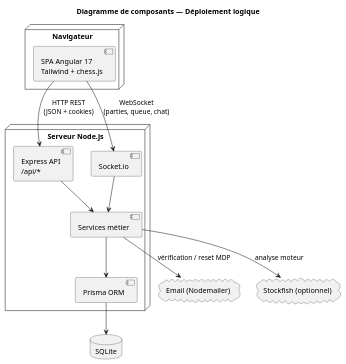
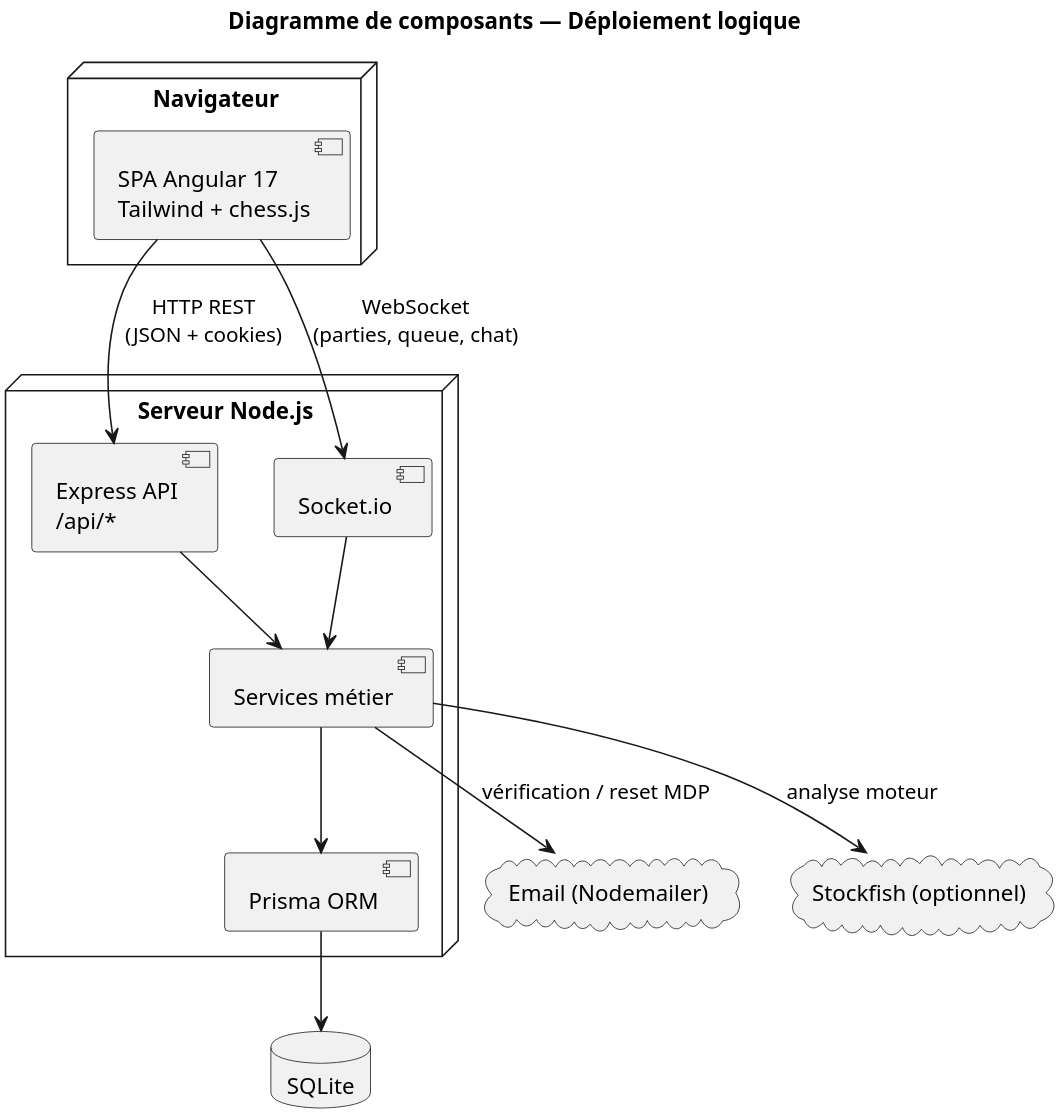
Before and after one commit to dhialasmer12/square-one-chess: the diagram in docs/uml/06-component.puml, drawn with PlantUML. The commit also changed 313 other files, not shown here.

Commit message:
Publish the completed Square One PFE: app updates, rapport, UML, and UI figures.

```diff
--- a/docs/uml/06-component.puml
+++ b/docs/uml/06-component.puml
@@ -1,29 +1,31 @@
 @startuml Square_One_Chess_Components
+skinparam dpi 300
+skinparam dpi 300
 title Diagramme de composants — Déploiement logique
 
 node "Navigateur" {
   [SPA Angular 17\nTailwind + chess.js] as SPA
 }
 
 node "Serveur Node.js" {
   [Express API\n/api/*] as API
   [Socket.io] as WS
   [Services métier] as SVC
   [Prisma ORM] as ORM
 }
 
 database "SQLite" as DB
 
 cloud "Email (Nodemailer)" as MAIL
 cloud "Stockfish (optionnel)" as SF
 
 SPA --> API : HTTP REST\n(JSON + cookies)
 SPA --> WS : WebSocket\n(parties, queue, chat)
 API --> SVC
 WS --> SVC
 SVC --> ORM
 ORM --> DB
 SVC --> MAIL : vérification / reset MDP
 SVC --> SF : analyse moteur
 
 @enduml
```
